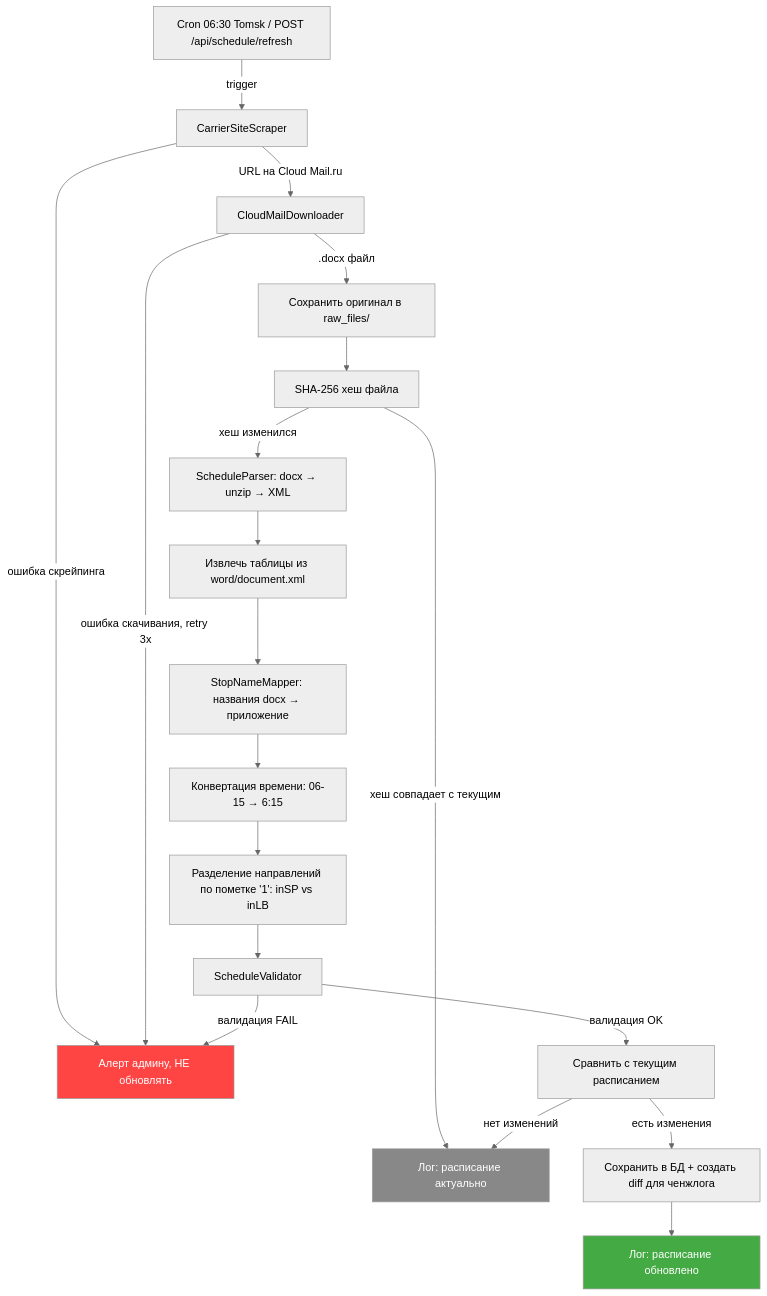
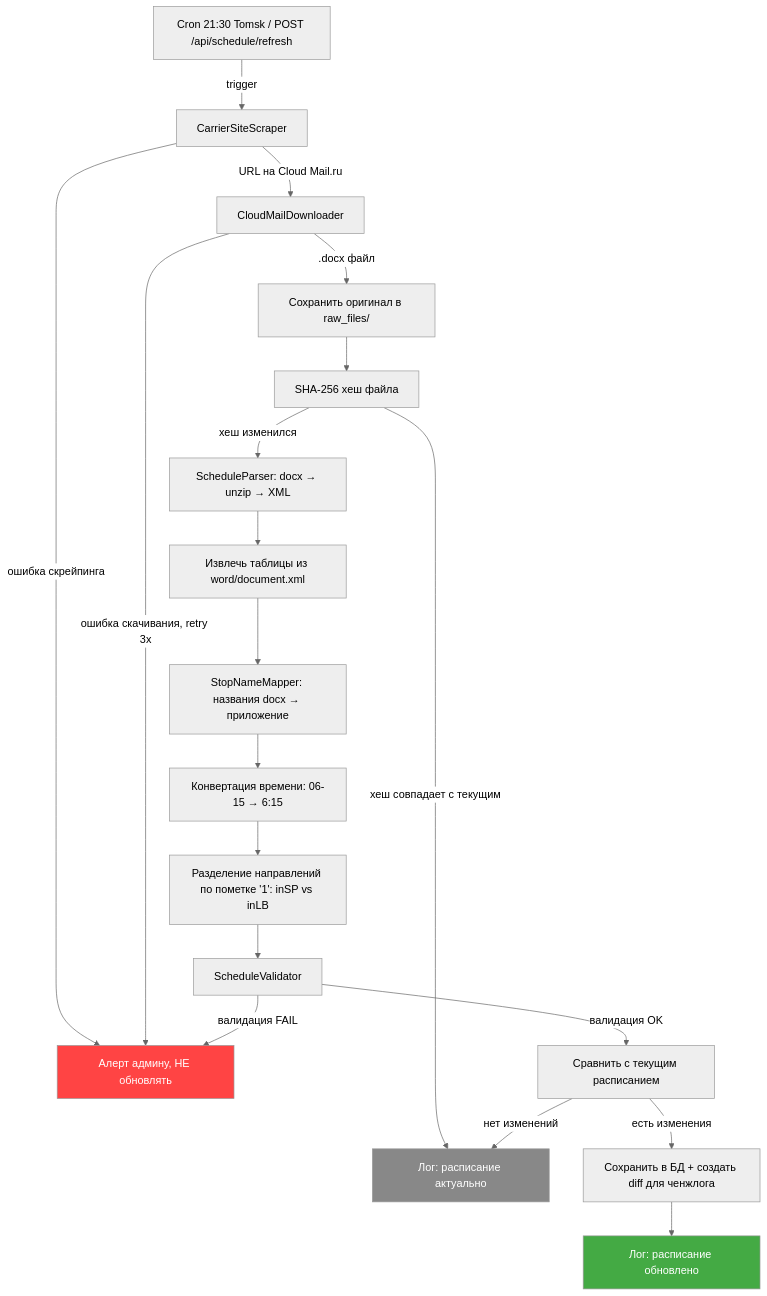
Before and after one commit to ndrwbv/bus-schedule: the diagram in specs/02-schedule-parser.md, drawn with Mermaid (neutral theme). The commit also changed other lines of this file, not shown here.

````diff
--- a/specs/02-schedule-parser.md
+++ b/specs/02-schedule-parser.md
@@ -267,28 +271,28 @@
 ```mermaid
 flowchart TD
-    A[Cron 06:30 Tomsk / POST /api/schedule/refresh] -->|trigger| B[CarrierSiteScraper]
+    A[Cron 21:30 Tomsk / POST /api/schedule/refresh] -->|trigger| B[CarrierSiteScraper]
     B -->|URL на Cloud Mail.ru| C[CloudMailDownloader]
     B -->|ошибка скрейпинга| ERR[Алерт админу, НЕ обновлять]
     C -->|.docx файл| D[Сохранить оригинал в raw_files/]
     C -->|ошибка скачивания, retry 3x| ERR
     D --> E[SHA-256 хеш файла]
     E -->|хеш совпадает с текущим| SKIP[Лог: расписание актуально]
     E -->|хеш изменился| F[ScheduleParser: docx → unzip → XML]
 
     F --> F1[Извлечь таблицы из word/document.xml]
     F1 --> F2[StopNameMapper: названия docx → приложение]
     F2 --> F3[Конвертация времени: 06-15 → 6:15]
     F3 --> F4[Разделение направлений по пометке '1': inSP vs inLB]
     F4 --> G[ScheduleValidator]
 
     G -->|валидация OK| H[Сравнить с текущим расписанием]
     G -->|валидация FAIL| ERR
 
     H -->|есть изменения| I[Сохранить в БД + создать diff для ченжлога]
     H -->|нет изменений| SKIP
     I --> OK[Лог: расписание обновлено]
 
     style ERR fill:#f44,color:#fff
     style OK fill:#4a4,color:#fff
     style SKIP fill:#888,color:#fff
 ```
````
